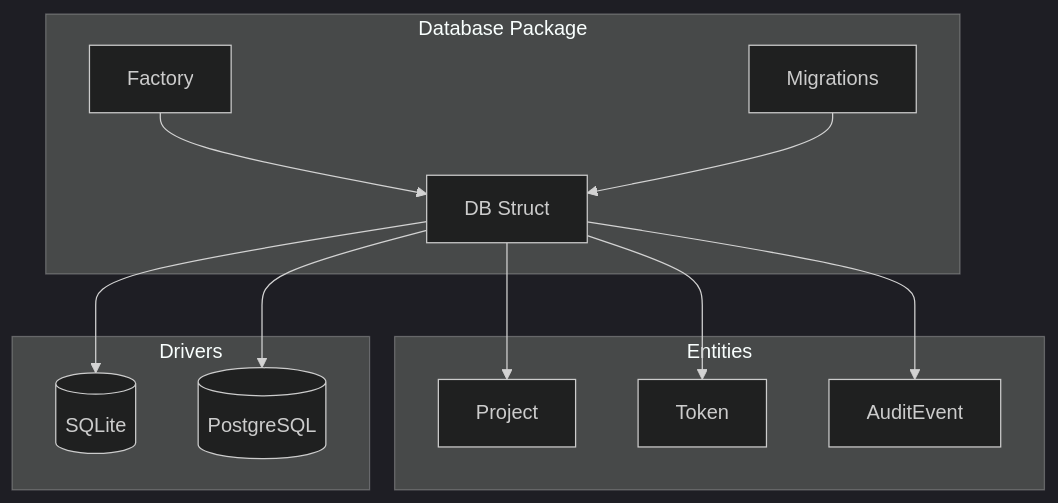
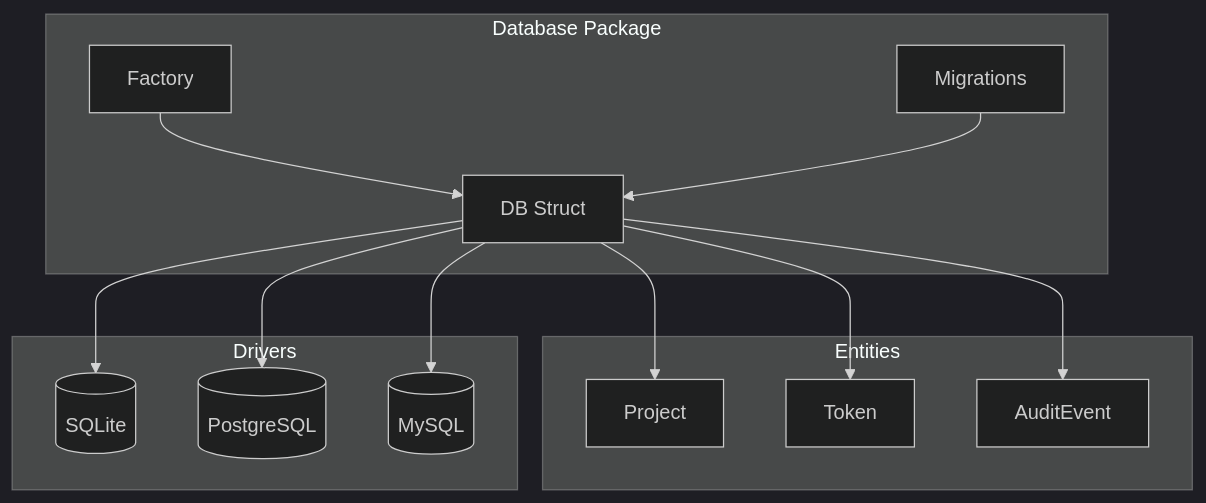
The first of 3 diagrams in internal/database/README.md (sofatutor/llm-proxy), drawn with Mermaid (dark theme) before and after one commit. The commit also changed other lines of this file and 13 other files, not shown here.

````diff
--- a/internal/database/README.md
+++ b/internal/database/README.md
@@ -16,27 +16,29 @@
 ```mermaid
 graph TB
     subgraph Database["Database Package"]
         DB[DB Struct]
         F[Factory]
         M[Migrations]
     end
     
     subgraph Entities
         P[Project]
         T[Token]
         A[AuditEvent]
     end
     
     subgraph Drivers
         SQLite[(SQLite)]
         PG[(PostgreSQL)]
+        MySQL[(MySQL)]
     end
     
     F --> DB
     DB --> P
     DB --> T
     DB --> A
     DB --> SQLite
     DB --> PG
+    DB --> MySQL
     M --> DB
 ```
````
